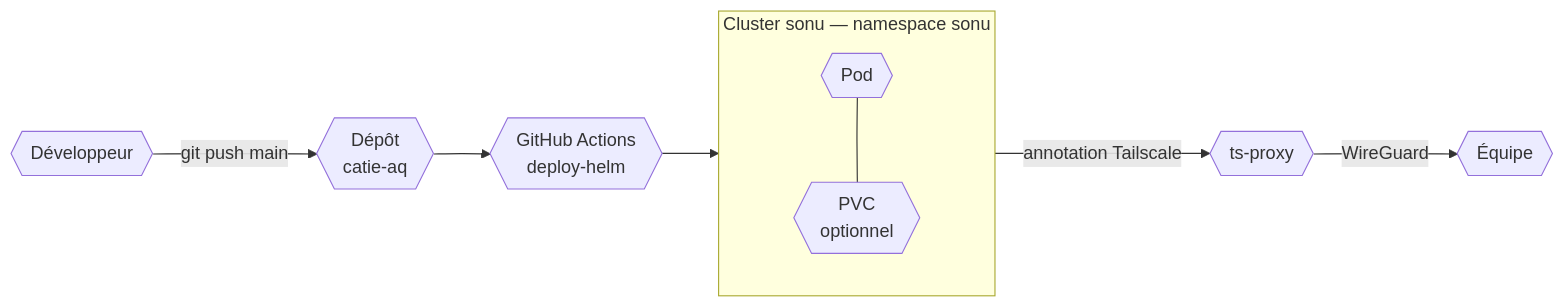
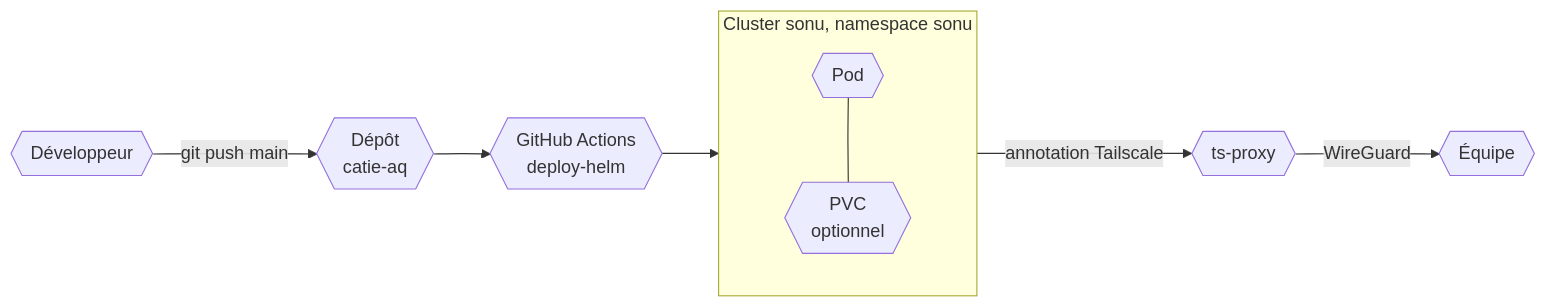
One commit to sedelpeuch/sedelpeuch.github.io changed the diagram in docs/projects/professionnel/outils-internes.md. Above: the diagram before and after it, drawn with Mermaid. The commit also changed other lines of this file and 45 other files, not shown here.

````diff
--- a/docs/projects/professionnel/outils-internes.md
+++ b/docs/projects/professionnel/outils-internes.md
@@ -56,13 +56,13 @@
 ```mermaid
 flowchart LR
     dev{{Développeur}} -->|git push main| repo{{Dépôt\ncatie-aq}}
     repo --> gha{{GitHub Actions\ndeploy-helm}}
     gha --> cluster
 
-    subgraph cluster["Cluster sonu — namespace sonu"]
+    subgraph cluster["Cluster sonu, namespace sonu"]
         pod{{Pod}} --- pvc{{PVC\noptionnel}}
     end
 
     cluster -->|annotation Tailscale| ts{{ts-proxy}}
     ts -->|WireGuard| team{{Équipe}}
 ```
````
